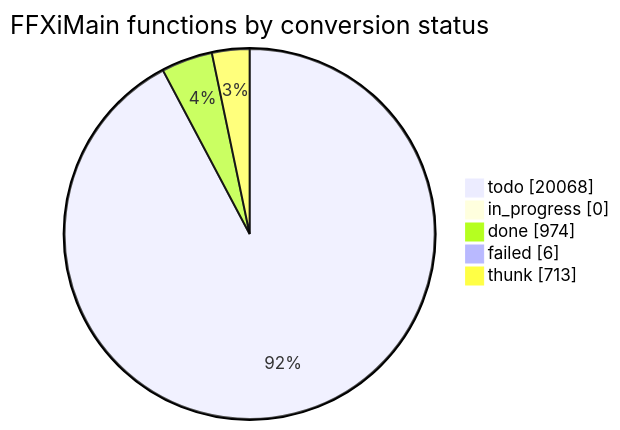
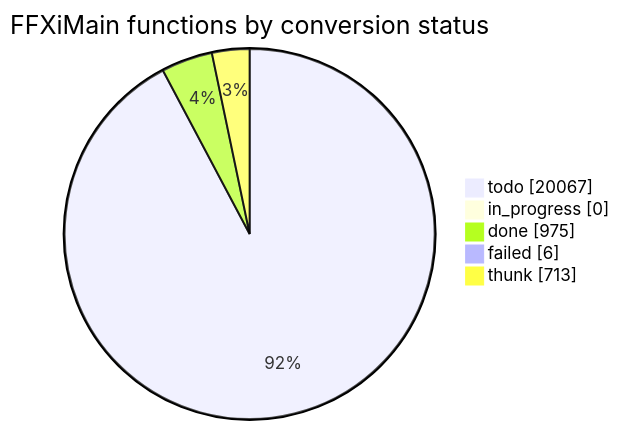
Before and after one commit to cowrevenge/cow_kuluu_xi_anything: the diagram in docs/cow/STATUS.md, drawn with Mermaid. The commit also changed other lines of this file and 5 other files, not shown here.

````diff
--- a/docs/cow/STATUS.md
+++ b/docs/cow/STATUS.md
@@ -22,9 +22,9 @@
 ```mermaid
 pie showData
     title FFXiMain functions by conversion status
-    "todo" : 20068
+    "todo" : 20067
     "in_progress" : 0
-    "done" : 974
+    "done" : 975
     "failed" : 6
     "thunk" : 713
 ```
````
